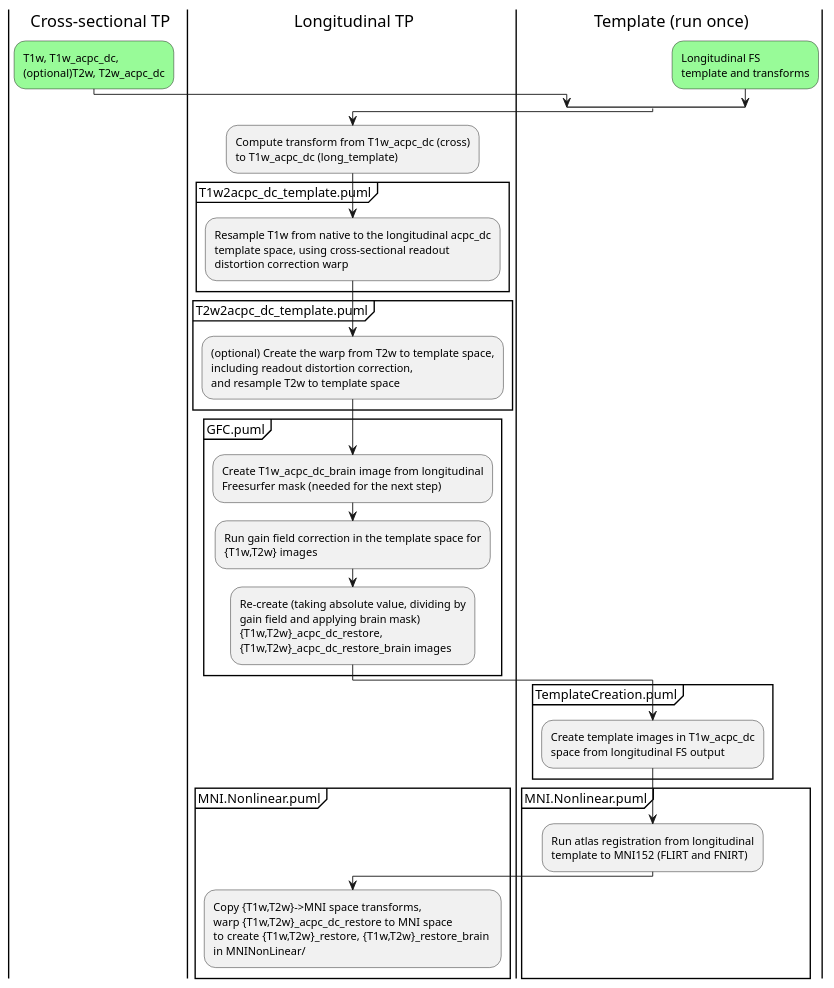
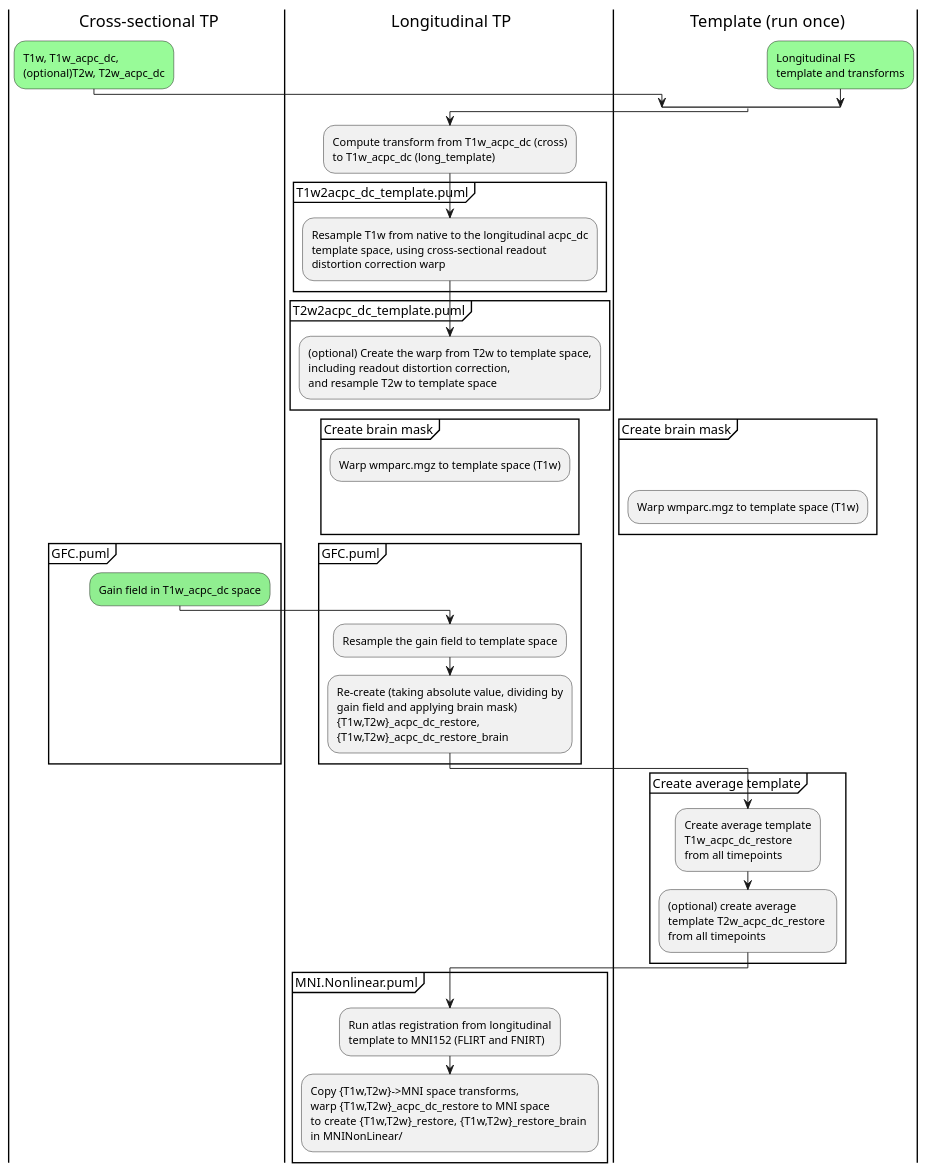
Before and after one commit to Washington-University/HCPpipelines: the diagram in docs/diagrams/src/PrePostFreesurferPipeline-long.GeneralScheme.puml, drawn with PlantUML. The commit also changed 2 other files, not shown here.

Commit message:
Finished ppFS-long rewrite that: -forks post-FS code on longitudinal processing, making mask creation and resample code in FS2CaretConvertandReg (line 185), and CreateMyelinMaps (line 139) -Resample bias field to template space rather than re-create -use wmparc.mgz for brain mask for both timepoint and template -assume all TP's are run prior to constructing template -construct templates by averaging TP's _acpc_dc_restore images -register template to MNI152 space -Resample all timepoints to MNI152 space

```diff
--- a/docs/diagrams/src/PrePostFreesurferPipeline-long.GeneralScheme.puml
+++ b/docs/diagrams/src/PrePostFreesurferPipeline-long.GeneralScheme.puml
@@ -1,55 +1,68 @@
 @startuml PrePostFreesurferPipeline-long general scheme
 
 |c| Cross-sectional TP
 |p| Longitudinal TP
 |t| Template (run once)
 
 |c|
 split
 -[hidden]->
 #palegreen:T1w, T1w_acpc_dc,
 (optional)T2w, T2w_acpc_dc;
 split again
 |t|
 -[hidden]->
 #palegreen:Longitudinal FS
 template and transforms;
 end split
 |p|
 :Compute transform from T1w_acpc_dc (cross) 
 to T1w_acpc_dc (long_template);
 group T1w2acpc_dc_template.puml
 :Resample T1w from native to the longitudinal acpc_dc 
 template space, using cross-sectional readout 
 distortion correction warp;
 end group
 group T2w2acpc_dc_template.puml
 :(optional) Create the warp from T2w to template space, 
 including readout distortion correction, 
 and resample T2w to template space;
 end group
+group Create brain mask
+-[hidden]->
+:Warp wmparc.mgz to template space (T1w);
+|t|
+-[hidden]->
+:Warp wmparc.mgz to template space (T1w);
+end group
 group GFC.puml
-:Create T1w_acpc_dc_brain image from longitudinal 
-Freesurfer mask (needed for the next step);
-:Run gain field correction in the template space for 
-{T1w,T2w} images;
+|c|
+-[hidden]->
+#lightgreen:Gain field in T1w_acpc_dc space;
+|p|
+:Resample the gain field to template space;
 :Re-create (taking absolute value, dividing by 
 gain field and applying brain mask)
 {T1w,T2w}_acpc_dc_restore, 
-{T1w,T2w}_acpc_dc_restore_brain images;
+{T1w,T2w}_acpc_dc_restore_brain;
 end group
 |t|
-group TemplateCreation.puml
-:Create template images in T1w_acpc_dc 
-space from longitudinal FS output;
+group Create average template
+:Create average template 
+T1w_acpc_dc_restore
+from all timepoints;
+:(optional) create average 
+template T2w_acpc_dc_restore 
+from all timepoints;
 end group
+|p|
 group MNI.Nonlinear.puml
 :Run atlas registration from longitudinal
 template to MNI152 (FLIRT and FNIRT);
 |p|
 :Copy {T1w,T2w}->MNI space transforms,
 warp {T1w,T2w}_acpc_dc_restore to MNI space
 to create {T1w,T2w}_restore, {T1w,T2w}_restore_brain 
 in MNINonLinear/;
 end group
 @enduml
```
